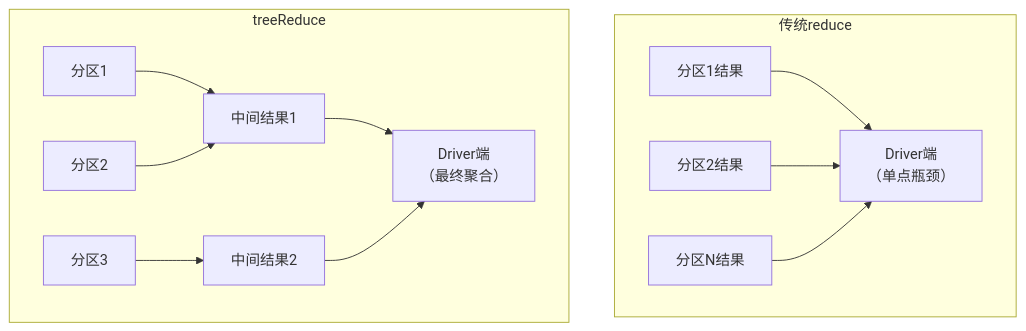
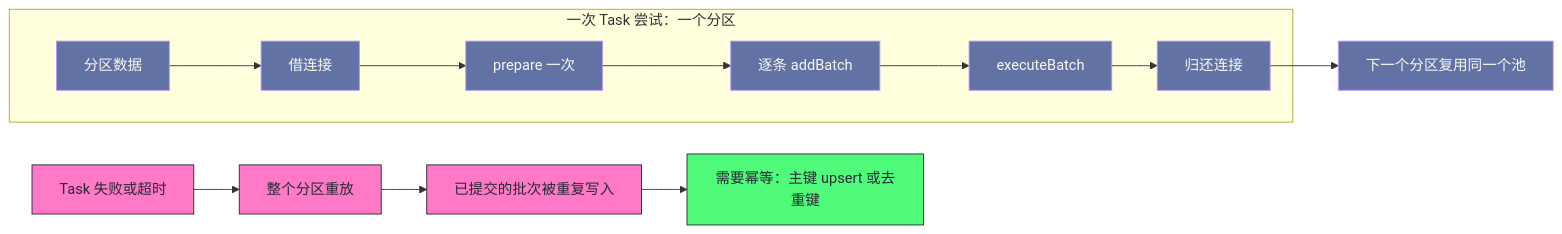
One commit to hpliStartAgain/my-brain changed the second of 6 diagrams in content/大数据/Spark/读书笔记-spark内核/06_性能调优实战/2. Spark算子调优最佳实践.md. Above: the diagram before and after it, drawn with Mermaid. The commit also changed other lines of this file and 259 other files, not shown here.

````diff
--- a/content/大数据/Spark/读书笔记-spark内核/06_性能调优实战/2. Spark算子调优最佳实践.md
+++ b/content/大数据/Spark/读书笔记-spark内核/06_性能调优实战/2. Spark算子调优最佳实践.md
@@ -293,16 +279,21 @@
 ```mermaid
-flowchart TD
-    subgraph "传统reduce"
-        A["分区1结果"] --> D["Driver端<br>（单点瓶颈）"]
-        B["分区2结果"] --> D
-        C["分区N结果"] --> D
+%%{init: {'theme': 'dracula'}}%%
+flowchart LR
+    subgraph T["一次 Task 尝试：一个分区"]
+        A["分区数据"] --> B["借连接"]
+        B --> C["prepare 一次"]
+        C --> D["逐条 addBatch"]
+        D --> E["executeBatch"]
+        E --> F["归还连接"]
     end
-    
-    subgraph "treeReduce"
-        A1["分区1"] --> D1["Executor端聚合"]
-        B1["分区2"] --> D1
-        C1["分区3"] --> E1["Executor端聚合"]
-        D1["中间结果1"] --> F["Driver端<br>（最终聚合）"]
-        E1["中间结果2"] --> F
-    end
+    G["Task 失败或超时"] --> H["整个分区重放"]
+    H --> I["已提交的批次被重复写入"]
+    I --> J["需要幂等：主键 upsert 或去重键"]
+    F --> K["下一个分区复用同一个池"]
+    classDef ok fill:#50fa7b,stroke:#282a36,color:#282a36
+    classDef bad fill:#ff79c6,stroke:#282a36,color:#282a36
+    classDef flow fill:#6272a4,stroke:#bd93f9,color:#f8f8f2
+    class A,B,C,D,E,F,K flow
+    class G,H,I bad
+    class J ok
 ```
````
